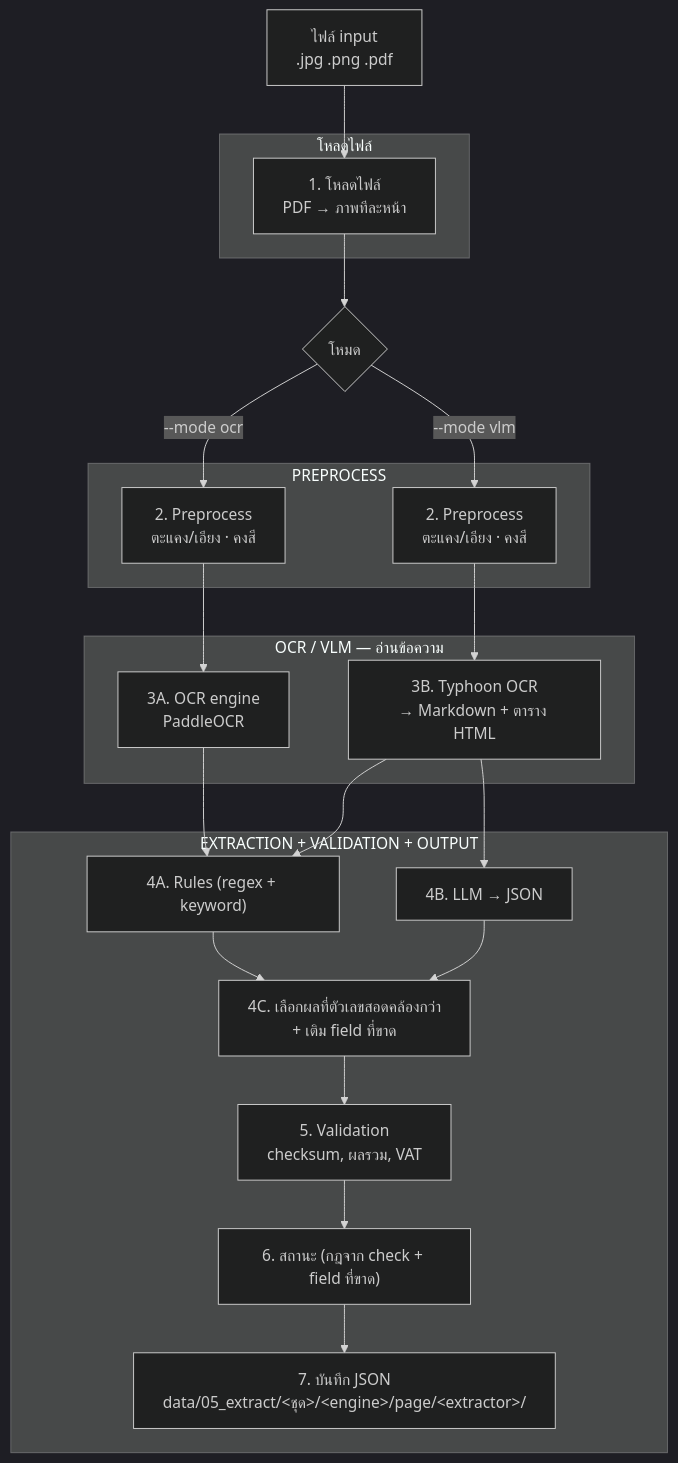
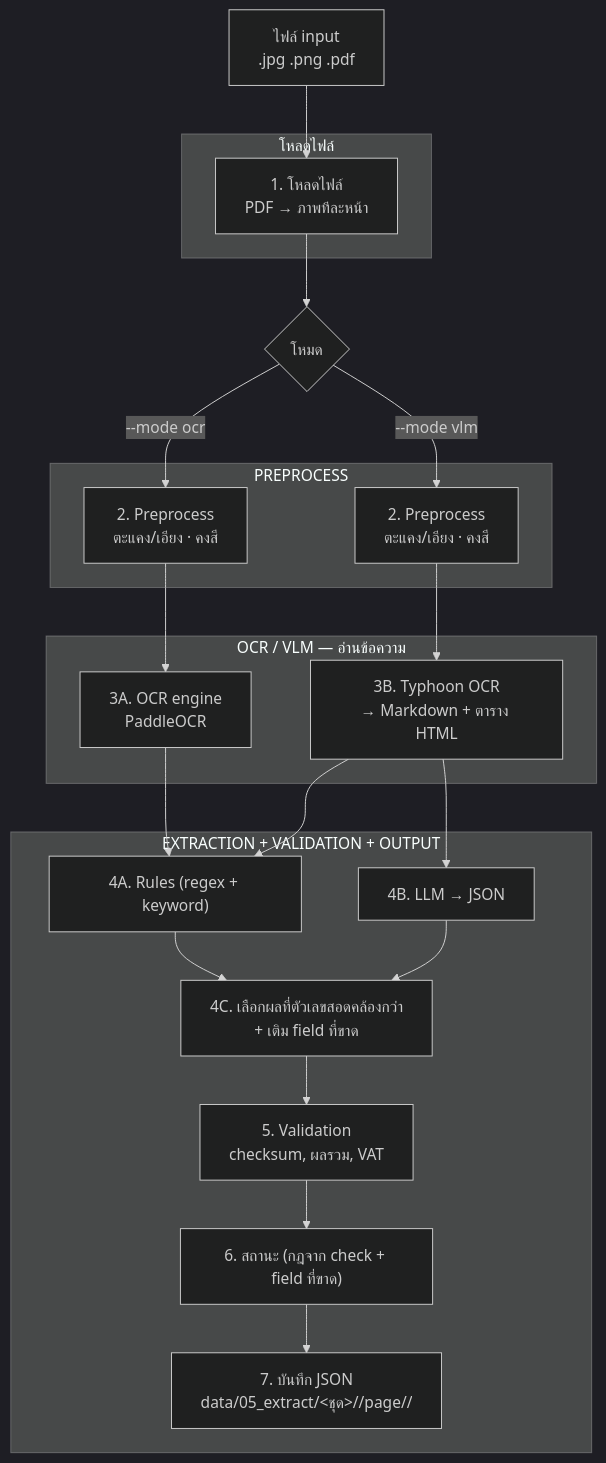
The second of 2 diagrams in docs/README.md (Pikcolo/fin-extractor), drawn with Mermaid (dark theme) before and after one commit. The commit also changed other lines of this file and 44 other files, not shown here.

````diff
--- a/docs/README.md
+++ b/docs/README.md
@@ -58,37 +57,37 @@
 ```mermaid
 flowchart TD
     A["ไฟล์ input<br/>.jpg .png .pdf"] --> B
 
     subgraph LOAD["โหลดไฟล์"]
         B["1. โหลดไฟล์<br/>PDF → ภาพทีละหน้า"]
     end
 
     B --> C{"โหมด"}
 
     subgraph PRE["PREPROCESS"]
         D1["2. Preprocess<br/>ตะแคง/เอียง · คงสี"]
         D2["2. Preprocess<br/>ตะแคง/เอียง · คงสี"]
     end
 
     subgraph OCR["OCR / VLM — อ่านข้อความ"]
         E1["3A. OCR engine<br/>PaddleOCR"]
         E2["3B. Typhoon OCR<br/>→ Markdown + ตาราง HTML"]
     end
 
     subgraph EXT["EXTRACTION + VALIDATION + OUTPUT"]
         F["4A. Rules (regex + keyword)"]
         G["4B. LLM → JSON"]
         H["4C. เลือกผลที่ตัวเลขสอดคล้องกว่า<br/>+ เติม field ที่ขาด"]
         I["5. Validation<br/>checksum, ผลรวม, VAT"]
         J["6. สถานะ (กฎจาก check + field ที่ขาด)"]
-        K["7. บันทึก JSON<br/>data/05_extract/&lt;ชุด&gt;/&lt;engine&gt;/page/&lt;extractor&gt;/"]
+        K["7. บันทึก JSON<br/>data/05_extract/<ชุด>/<engine>/page/<extractor>/"]
     end
 
     C -- "--mode ocr" --> D1 --> E1 --> F
     C -- "--mode vlm" --> D2 --> E2
     E2 --> F
     E2 --> G
     F --> H
     G --> H
     H --> I --> J --> K
 ```
````
